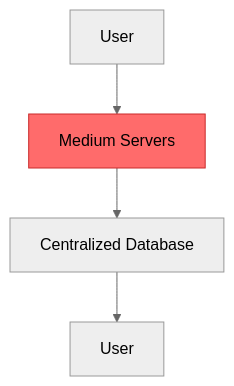
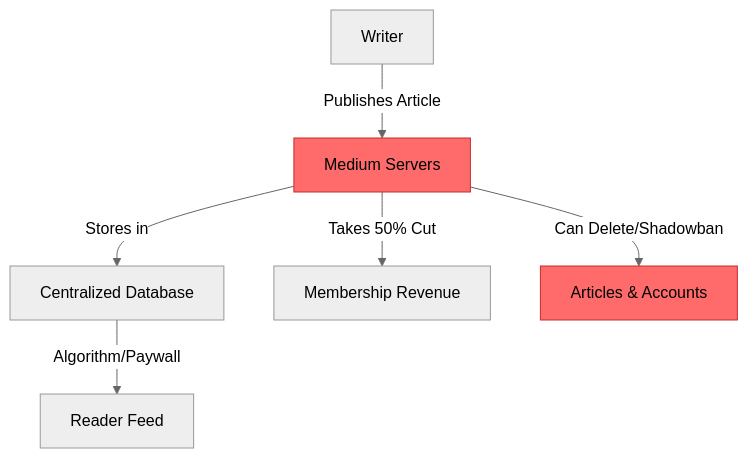
The first of 2 diagrams in 04-publishing/01-medium-to-mirror.md (Elvatar2/Web2-To-Web3-Migration-Guide), drawn with Mermaid (neutral theme) before and after one commit. The commit also changed other lines of this file, not shown here.

````diff
--- a/04-publishing/01-medium-to-mirror.md
+++ b/04-publishing/01-medium-to-mirror.md
@@ -52,8 +62,11 @@
 ```mermaid
 graph TB
-    A[User] --> B[Medium Servers]
-    B --> C[Centralized Database]
-    C --> D[User]
+    A[Writer] -->|Publishes Article| B[Medium Servers]
+    B -->|Stores in| C[Centralized Database]
+    C -->|Algorithm/Paywall| D[Reader Feed]
+    B -->|Takes 50% Cut| E[Membership Revenue]
+    B -->|Can Delete/Shadowban| F[Articles & Accounts]
 
     style B fill:#ff6b6b,stroke:#c92a2a
+    style F fill:#ff6b6b,stroke:#c92a2a
 ```
````
